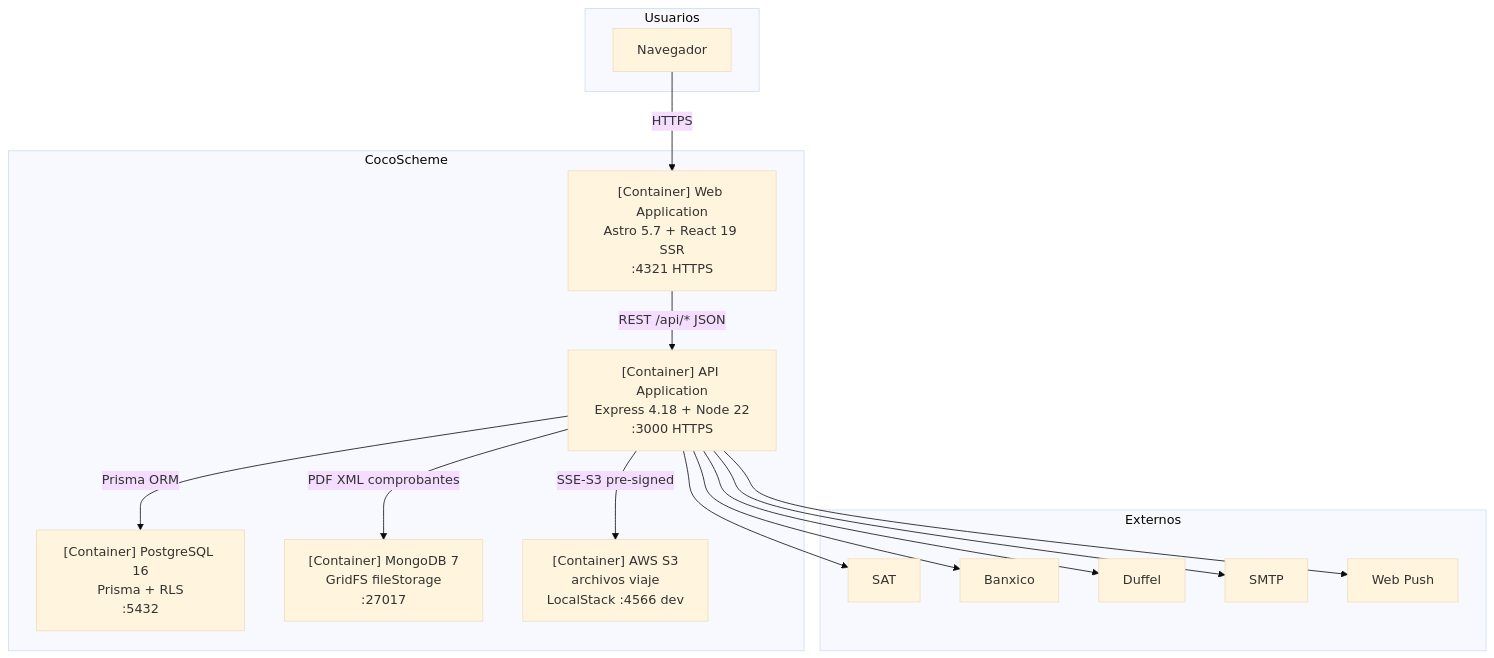
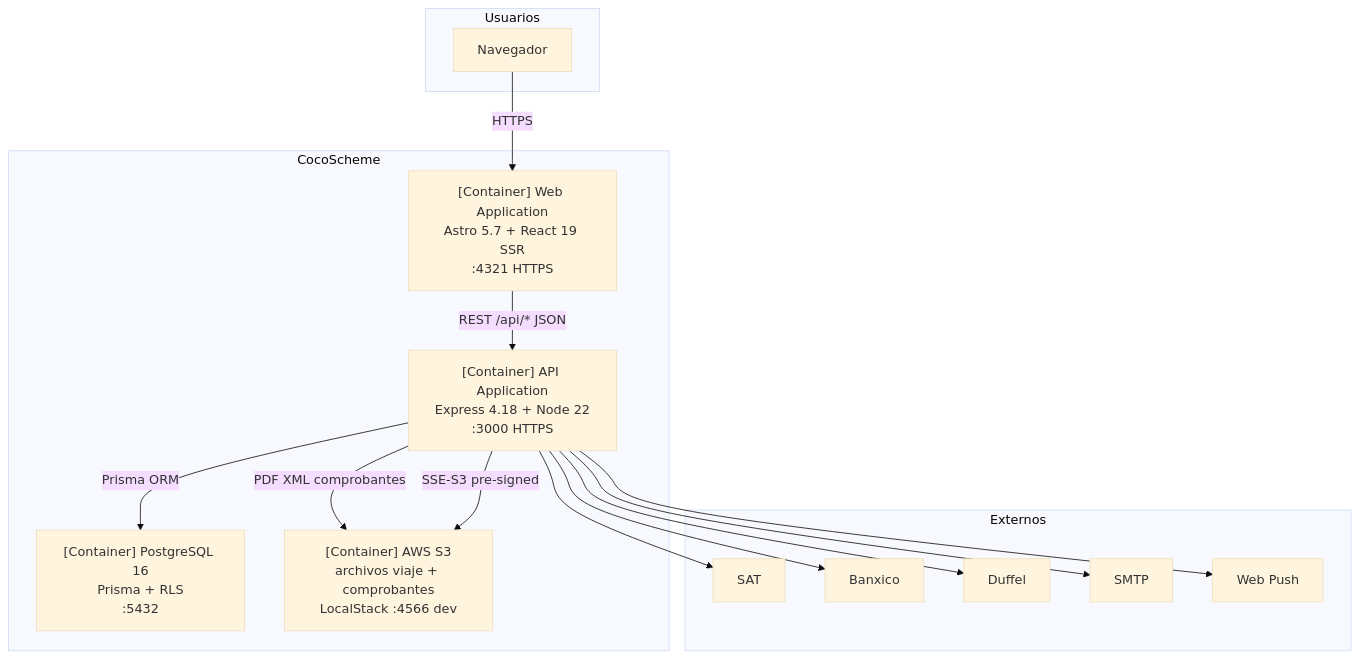
Before and after one commit to coconsulting2/cocowiki: the second of 7 diagrams in docs/arquitectura-datos/diagramas-c4.md, drawn with Mermaid (base theme). The commit also changed other lines of this file and 20 other files, not shown here.

````diff
--- a/docs/arquitectura-datos/diagramas-c4.md
+++ b/docs/arquitectura-datos/diagramas-c4.md
@@ -87,33 +87,32 @@
 ```mermaid
 flowchart TB
   subgraph users [Usuarios]
     Browser[Navegador]
   end
 
   subgraph coco [CocoScheme]
     FE["[Container] Web Application<br/>Astro 5.7 + React 19 SSR<br/>:4321 HTTPS"]
     API["[Container] API Application<br/>Express 4.18 + Node 22<br/>:3000 HTTPS"]
     PG["[Container] PostgreSQL 16<br/>Prisma + RLS<br/>:5432"]
-    MG["[Container] MongoDB 7<br/>GridFS fileStorage<br/>:27017"]
-    OBJ["[Container] AWS S3<br/>archivos viaje<br/>LocalStack :4566 dev"]
+    OBJ["[Container] AWS S3<br/>archivos viaje + comprobantes<br/>LocalStack :4566 dev"]
   end
 
   subgraph ext [Externos]
     SAT2[SAT]
     BMX2[Banxico]
     DUF2[Duffel]
     SMTP2[SMTP]
     PUSH2[Web Push]
   end
 
   Browser -->|HTTPS| FE
   FE -->|REST /api/* JSON| API
   API -->|Prisma ORM| PG
-  API -->|PDF XML comprobantes| MG
+  API -->|PDF XML comprobantes| OBJ
   API -->|SSE-S3 pre-signed| OBJ
   API --> SAT2
   API --> BMX2
   API --> DUF2
   API --> SMTP2
   API --> PUSH2
 ```
````
